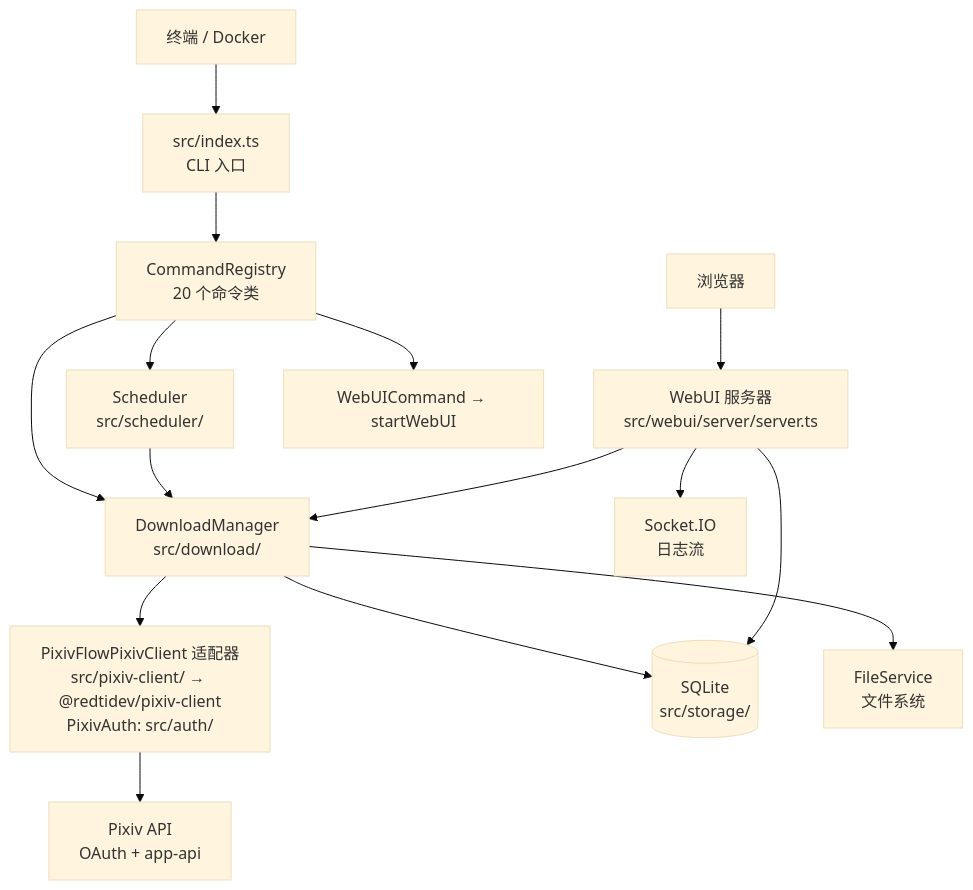
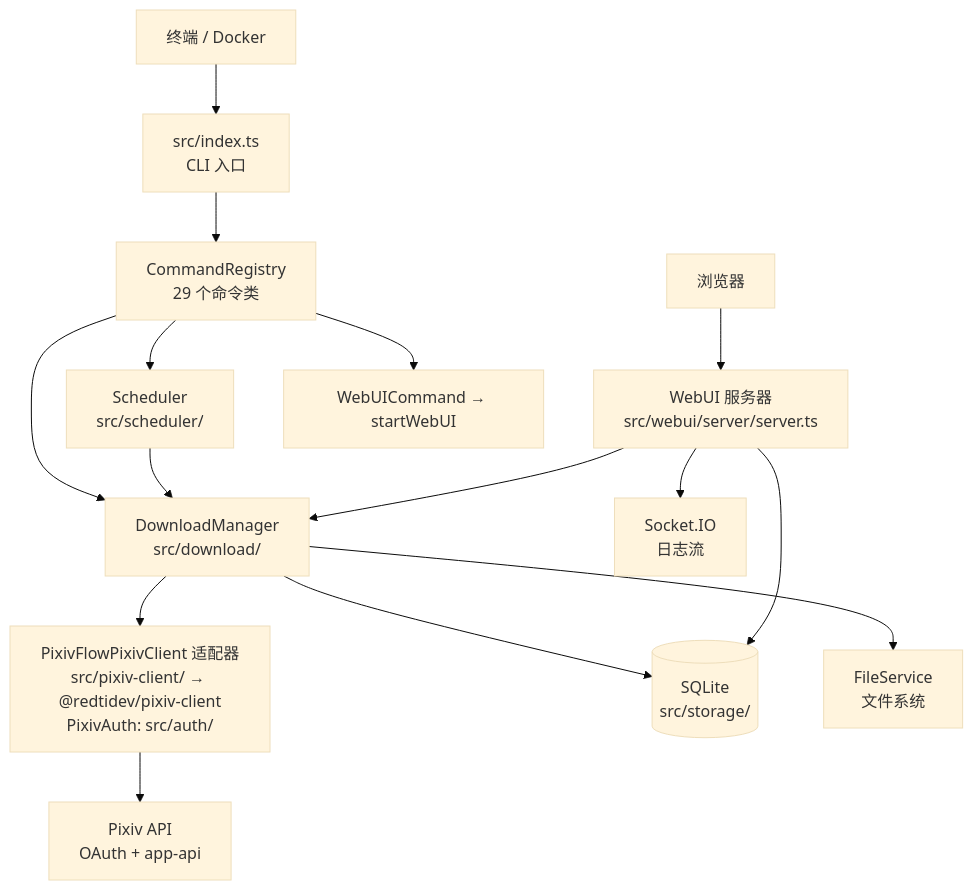
Before and after one commit to redtidev1918/PixivFlow: the diagram in docs/ARCHITECTURE.md, drawn with Mermaid (base theme). The commit also changed other lines of this file and 1 other file, not shown here.

````diff
--- a/docs/ARCHITECTURE.md
+++ b/docs/ARCHITECTURE.md
@@ -9,17 +9,17 @@
 ```mermaid
 graph TD
     A[终端 / Docker] --> B["src/index.ts<br/>CLI 入口"]
     A2[浏览器] --> W["WebUI 服务器<br/>src/webui/server/server.ts"]
-    B --> C[CommandRegistry<br/>20 个命令类]
+    B --> C[CommandRegistry<br/>29 个命令类]
     C --> D1[DownloadManager<br/>src/download/]
     C --> D2[Scheduler<br/>src/scheduler/]
     C --> D3["WebUICommand → startWebUI"]
     D1 --> P[PixivFlowPixivClient 适配器<br/>src/pixiv-client/ → @redtidev/pixiv-client<br/>PixivAuth: src/auth/]
     D2 --> D1
     W --> D1
     D1 --> S[(SQLite<br/>src/storage/)]
     D1 --> F[FileService<br/>文件系统]
     P --> X[Pixiv API<br/>OAuth + app-api]
     W --> WS[Socket.IO<br/>日志流]
     W --> S
 ```
````
